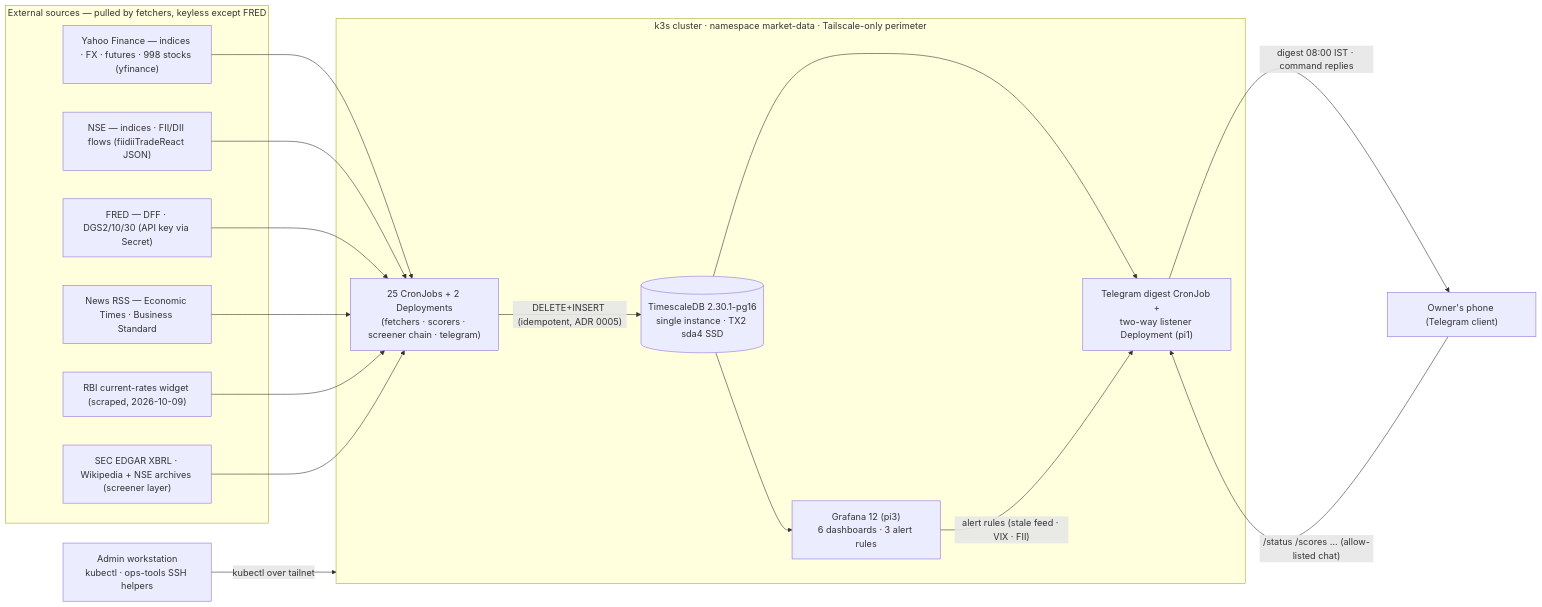
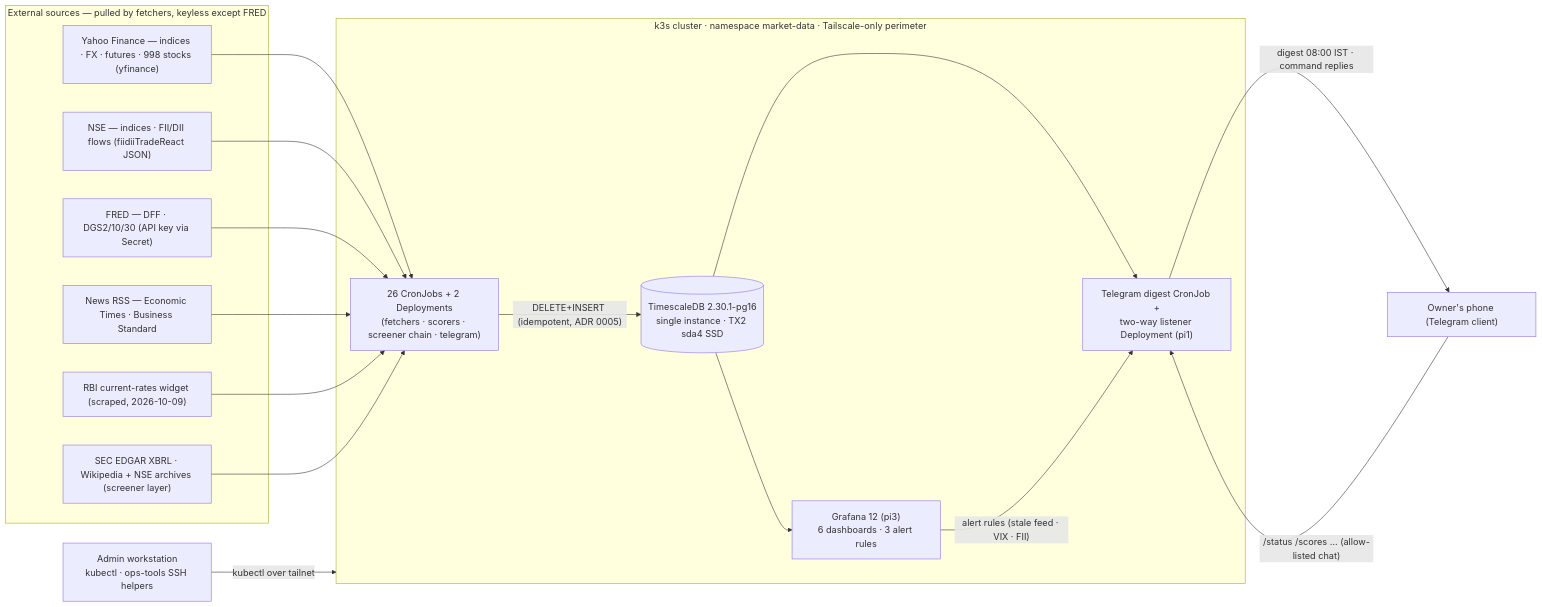
The first of 9 diagrams in docs/market-data-architecture.md (ahemanthyadav/-pi-market-pipeline), drawn with Mermaid before and after one commit. The commit also changed other lines of this file and 35 other files, not shown here.

````diff
--- a/docs/market-data-architecture.md
+++ b/docs/market-data-architecture.md
@@ -69,35 +69,35 @@
 ```mermaid
 flowchart LR
     subgraph EXT["External sources — pulled by fetchers, keyless except FRED"]
         YF["Yahoo Finance — indices · FX · futures · 998 stocks (yfinance)"]
         NSE["NSE — indices · FII/DII flows (fiidiiTradeReact JSON)"]
         FRED["FRED — DFF · DGS2/10/30 (API key via Secret)"]
         RSS["News RSS — Economic Times · Business Standard"]
         RBIW["RBI current-rates widget (scraped, 2026-10-09)"]
         EDGR["SEC EDGAR XBRL · Wikipedia + NSE archives (screener layer)"]
     end
 
     subgraph K8S["k3s cluster · namespace market-data · Tailscale-only perimeter"]
-        JOBS["25 CronJobs + 2 Deployments<br/>(fetchers · scorers · screener chain · telegram)"]
+        JOBS["26 CronJobs + 2 Deployments<br/>(fetchers · scorers · screener chain · telegram)"]
         TSDB[("TimescaleDB 2.30.1-pg16<br/>single instance · TX2 sda4 SSD")]
         GRAF["Grafana 12 (pi3)<br/>6 dashboards · 3 alert rules"]
         TGB["Telegram digest CronJob +<br/>two-way listener Deployment (pi1)"]
     end
 
     ADMIN["Admin workstation<br/>kubectl · ops-tools SSH helpers"]
     PHONE["Owner's phone (Telegram client)"]
 
     YF --> JOBS
     NSE --> JOBS
     FRED --> JOBS
     RSS --> JOBS
     RBIW --> JOBS
     EDGR --> JOBS
     JOBS -- "DELETE+INSERT (idempotent, ADR 0005)" --> TSDB
     TSDB --> GRAF
     TSDB --> TGB
     GRAF -- "alert rules (stale feed · VIX · FII)" --> TGB
     TGB -- "digest 08:00 IST · command replies" --> PHONE
     PHONE -- "/status /scores … (allow-listed chat)" --> TGB
     ADMIN -- "kubectl over tailnet" --> K8S
 ```
````
